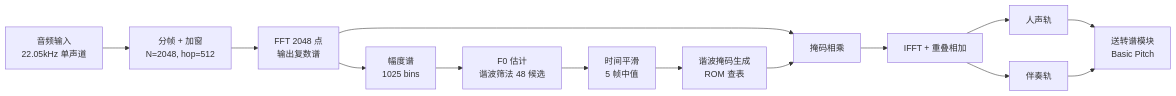
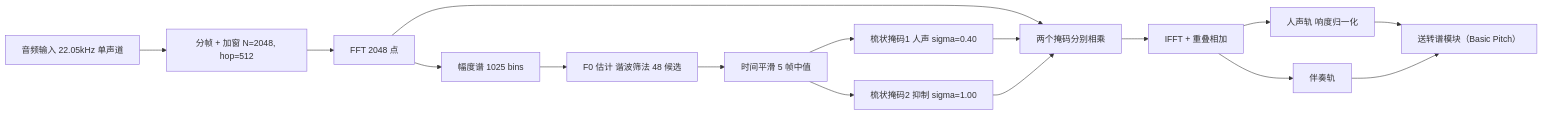
One commit to xiao-lu-0104/FPGA_competition_pre_structure_basic_pitch_torch changed the diagram in docs/FPGA_分离实现方案.md. Above: the diagram before and after it, drawn with Mermaid. The commit also changed other lines of this file and 7 other files, not shown here.

````diff
--- a/docs/FPGA_分离实现方案.md
+++ b/docs/FPGA_分离实现方案.md
@@ -9,16 +9,18 @@
 ```mermaid
 flowchart LR
-    A["音频输入<br/>22.05kHz 单声道"] --> B["分帧 + 加窗<br/>N=2048, hop=512"]
-    B --> C["FFT 2048 点<br/>输出复数谱"]
-    C --> D["幅度谱<br/>1025 bins"]
-    D --> E["F0 估计<br/>谐波筛法 48 候选"]
-    E --> F["时间平滑<br/>5 帧中值"]
-    F --> G["谐波掩码生成<br/>ROM 查表"]
-    C --> H["掩码相乘"]
-    G --> H
-    H --> I["IFFT + 重叠相加"]
-    I --> J["人声轨"]
-    I --> K["伴奏轨"]
-    J --> L["送转谱模块<br/>Basic Pitch"]
-    K --> L
+    A["音频输入 22.05kHz 单声道"] --> B["分帧 + 加窗 N=2048, hop=512"]
+    B --> C["FFT 2048 点"]
+    C --> D["幅度谱 1025 bins"]
+    D --> E["F0 估计 谐波筛法 48 候选"]
+    E --> F["时间平滑 5 帧中值"]
+    F --> G["梳状掩码1 人声 sigma=0.40"]
+    F --> H["梳状掩码2 抑制 sigma=1.00"]
+    C --> I["两个掩码分别相乘"]
+    G --> I
+    H --> I
+    I --> J["IFFT + 重叠相加"]
+    J --> K["人声轨 响度归一化"]
+    J --> L["伴奏轨"]
+    K --> M["送转谱模块（Basic Pitch）"]
+    L --> M
 ```
````
